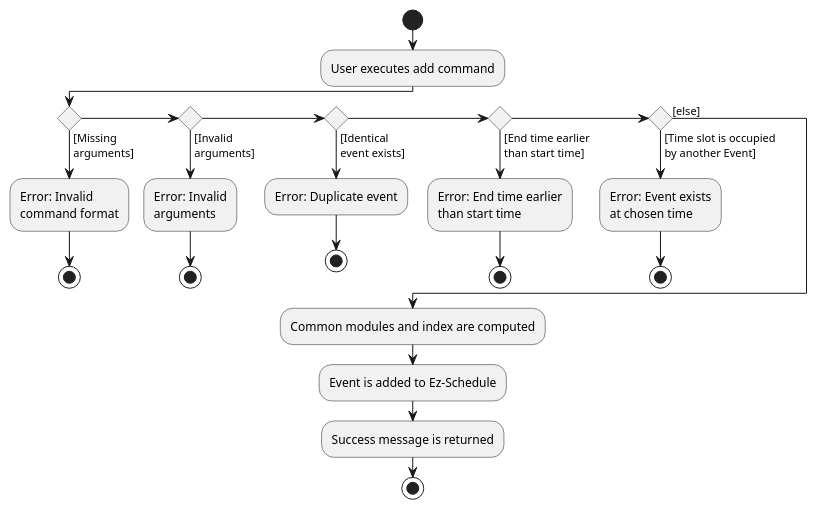
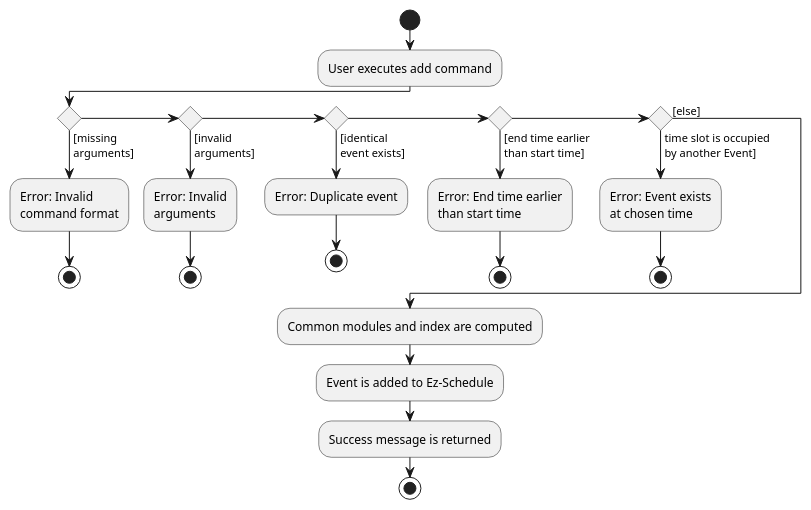
The diagram in docs/diagrams/AddCommandActivityDiagram.puml (nus-cs2103-AY2223S2/tp), drawn with PlantUML before and after one commit. The commit also changed 2 other files, not shown here.

Commit message:
Add delete command activity diagram

```diff
--- a/docs/diagrams/AddCommandActivityDiagram.puml
+++ b/docs/diagrams/AddCommandActivityDiagram.puml
@@ -1,38 +1,38 @@
 @startuml
 start
 :User executes add command;
 
 'Since the beta syntax does not support placing the condition outside the
 'diamond we place it as the true branch instead.
 
-if () then ([Missing
+if () then ([missing
 arguments])
     :Error: Invalid
     command format;
 stop
-else if () then ([Invalid
+else if () then ([invalid
 arguments])
     :Error: Invalid
     arguments;
 stop
-else if () then ([Identical
+else if () then ([identical
 event exists])
     :Error: Duplicate event;
 stop
-else if () then ([End time earlier
+else if () then ([end time earlier
 than start time])
     :Error: End time earlier
     than start time;
 stop
-else if () then ([Time slot is occupied
+else if () then (time slot is occupied
 by another Event])
     :Error: Event exists
     at chosen time;
 stop
 else ([else])
 endif
     :Common modules and index are computed;
     :Event is added to Ez-Schedule;
     :Success message is returned;
 stop
 @enduml
```
